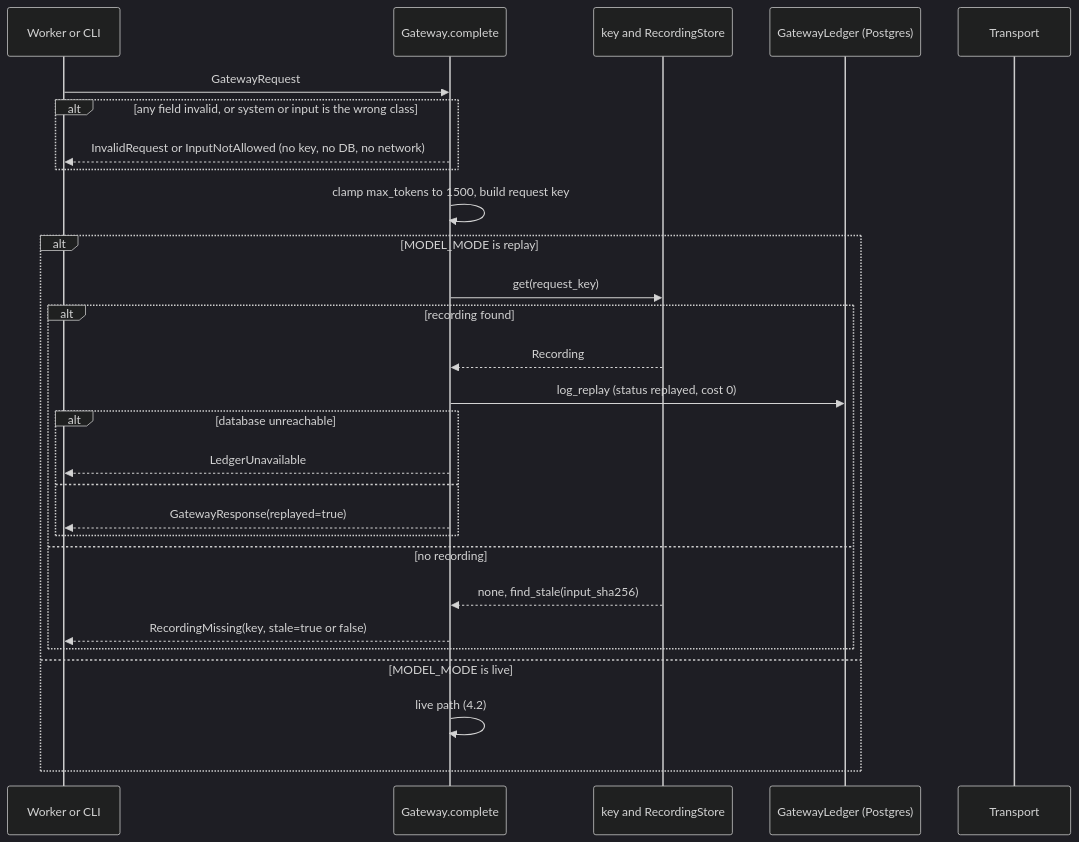
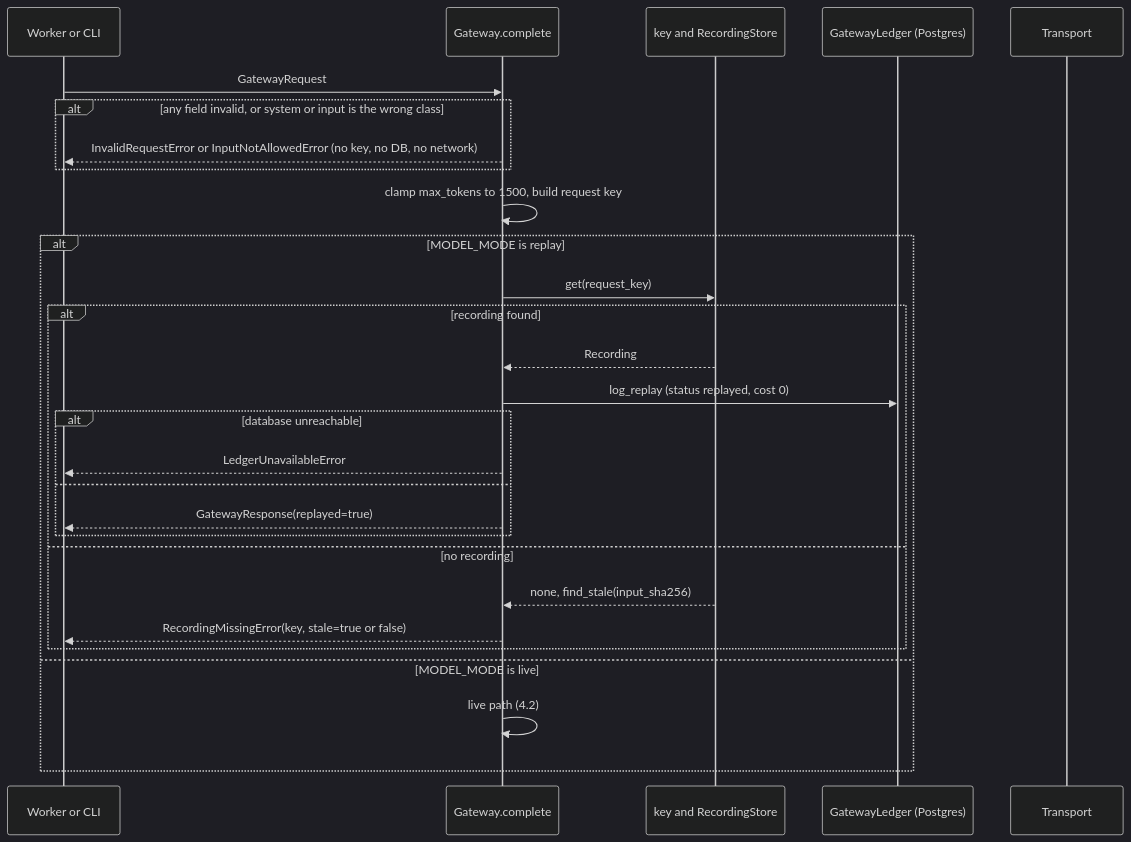
Before and after one commit to venkatmidhunmareedu/hirekit: the first of 4 diagrams in docs/design/gateway-lld.md, drawn with Mermaid (dark theme). The commit also changed other lines of this file and 13 other files, not shown here.

````diff
--- a/docs/design/gateway-lld.md
+++ b/docs/design/gateway-lld.md
@@ -111,30 +111,30 @@
 ```mermaid
 sequenceDiagram
     participant W as Worker or CLI
     participant G as Gateway.complete
     participant K as key and RecordingStore
     participant L as GatewayLedger (Postgres)
     participant T as Transport
     W->>G: GatewayRequest
     alt any field invalid, or system or input is the wrong class
-        G-->>W: InvalidRequest or InputNotAllowed (no key, no DB, no network)
+        G-->>W: InvalidRequestError or InputNotAllowedError (no key, no DB, no network)
     end
     G->>G: clamp max_tokens to 1500, build request key
     alt MODEL_MODE is replay
         G->>K: get(request_key)
         alt recording found
             K-->>G: Recording
             G->>L: log_replay (status replayed, cost 0)
             alt database unreachable
-                G-->>W: LedgerUnavailable
+                G-->>W: LedgerUnavailableError
             else
                 G-->>W: GatewayResponse(replayed=true)
             end
         else no recording
             K-->>G: none, find_stale(input_sha256)
-            G-->>W: RecordingMissing(key, stale=true or false)
+            G-->>W: RecordingMissingError(key, stale=true or false)
         end
     else MODEL_MODE is live
         G->>G: live path (4.2)
     end
 ```
````
